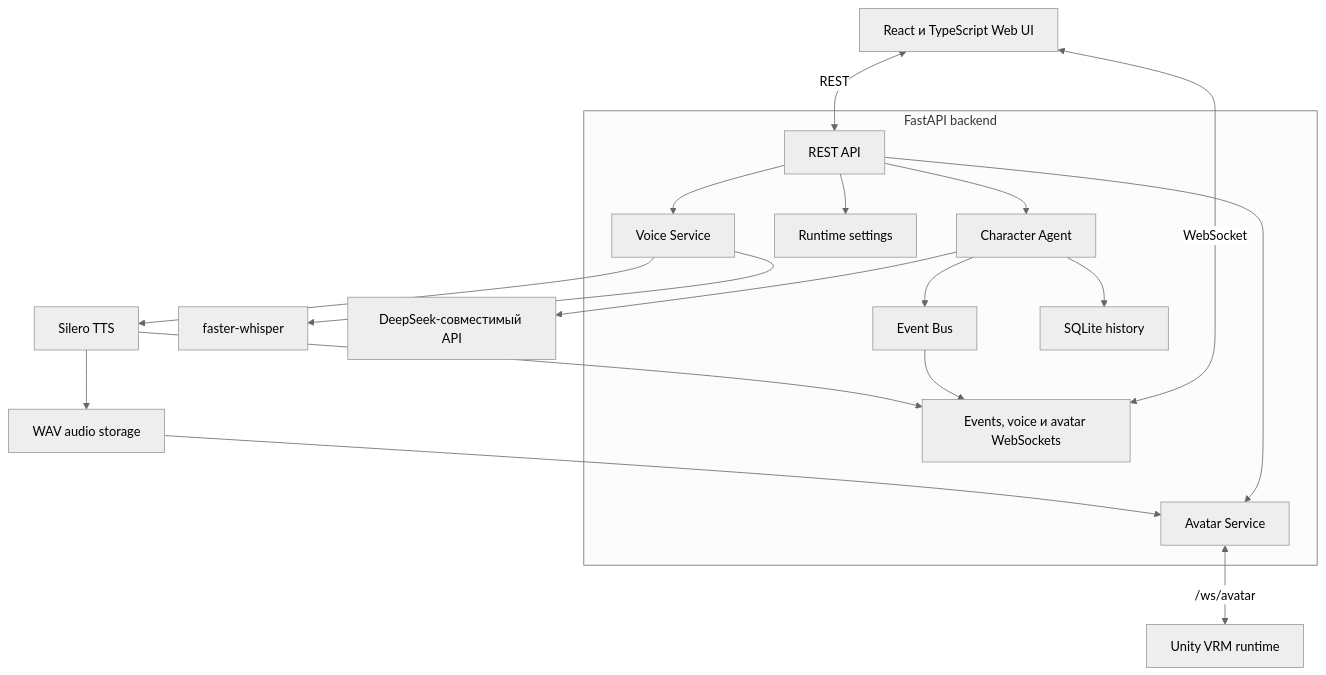
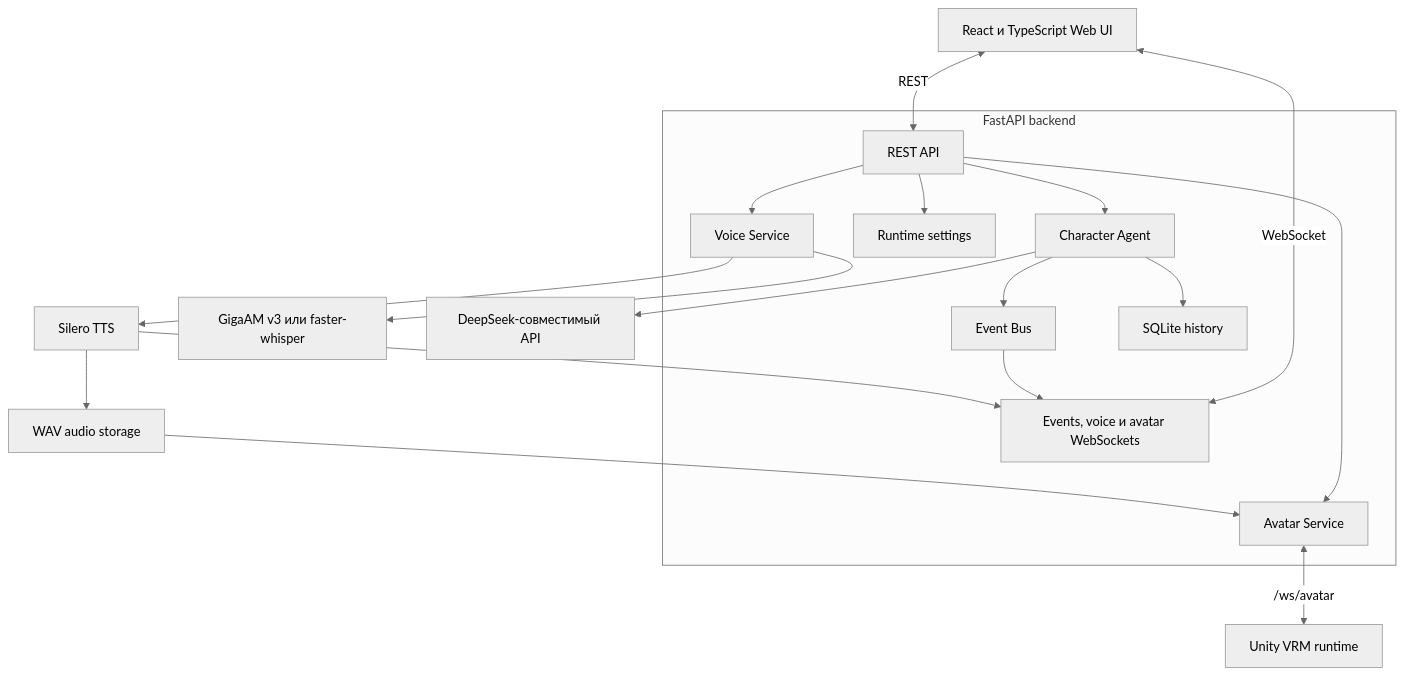
One commit to bad1and/NeuroAsist changed the second of 2 diagrams in README.ru.md. Above: the diagram before and after it, drawn with Mermaid (neutral theme). The commit also changed other lines of this file and 9 other files, not shown here.

````diff
--- a/README.ru.md
+++ b/README.ru.md
@@ -307,38 +309,38 @@
 ```mermaid
 flowchart TB
     UI[React и TypeScript Web UI]
 
     subgraph Backend[FastAPI backend]
         API[REST API]
         WS[Events, voice и avatar WebSockets]
         Agent[Character Agent]
         Runtime[Runtime settings]
         Events[Event Bus]
         Voice[Voice Service]
         Avatar[Avatar Service]
         History[SQLite history]
     end
 
-    STT[faster-whisper]
+    STT[GigaAM v3 или faster-whisper]
     LLM[DeepSeek-совместимый API]
     TTS[Silero TTS]
     Audio[WAV audio storage]
     Unity[Unity VRM runtime]
 
     UI <-->|REST| API
     UI <-->|WebSocket| WS
     API --> Agent
     API --> Voice
     API --> Runtime
     API --> Avatar
     Agent --> History
     Agent --> LLM
     Agent --> Events
     Voice --> STT
     Voice --> TTS
     TTS --> Audio
     Audio --> Avatar
     Avatar <-->|/ws/avatar| Unity
     Events --> WS
     TTS --> WS
 ```
````
